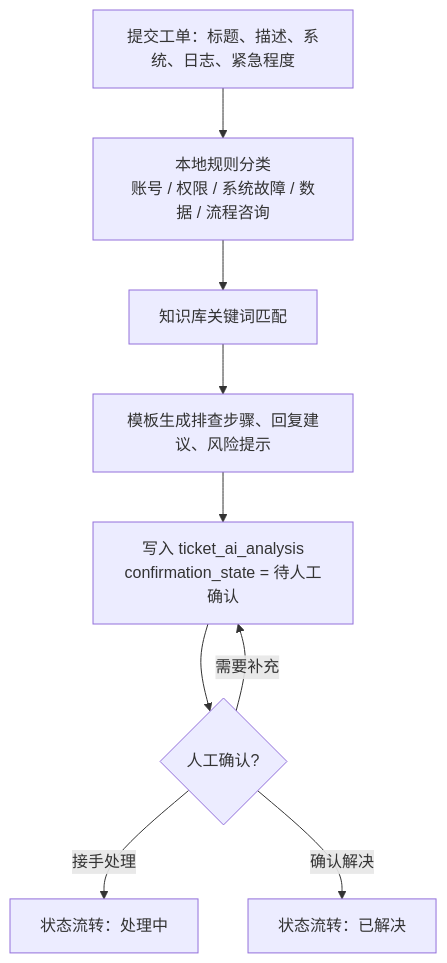
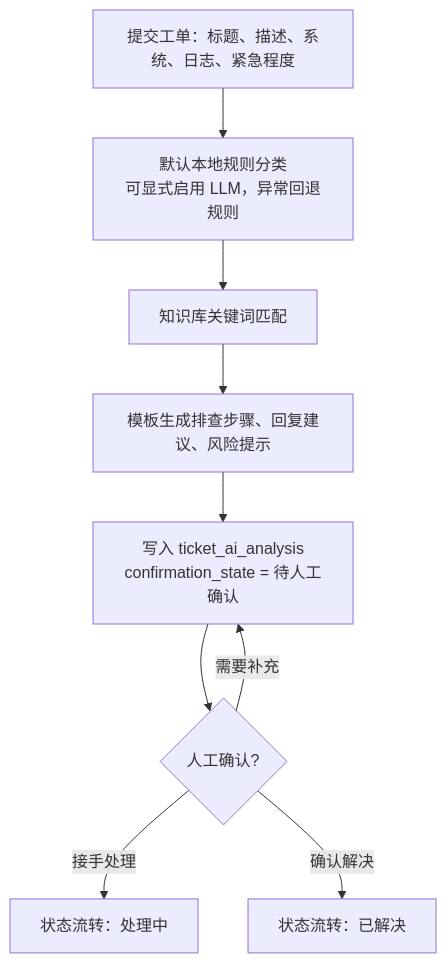
Before and after one commit to jameswilson87156-del/enterprise-ai-ticket-copilot: the third of 4 diagrams in docs/architecture.md, drawn with Mermaid. The commit also changed other lines of this file and 26 other files, not shown here.

````diff
--- a/docs/architecture.md
+++ b/docs/architecture.md
@@ -68,11 +71,11 @@
 ```mermaid
 flowchart TD
-  intake["提交工单：标题、描述、系统、日志、紧急程度"] --> classify["本地规则分类<br/>账号 / 权限 / 系统故障 / 数据 / 流程咨询"]
+  intake["提交工单：标题、描述、系统、日志、紧急程度"] --> classify["默认本地规则分类<br/>可显式启用 LLM，异常回退规则"]
   classify --> match["知识库关键词匹配"]
   match --> recommend["模板生成排查步骤、回复建议、风险提示"]
   recommend --> pending["写入 ticket_ai_analysis<br/>confirmation_state = 待人工确认"]
   pending --> human{"人工确认?"}
   human -- 接手处理 --> in_progress["状态流转：处理中"]
   human -- 需要补充 --> pending
   human -- 确认解决 --> resolved["状态流转：已解决"]
 ```
````
